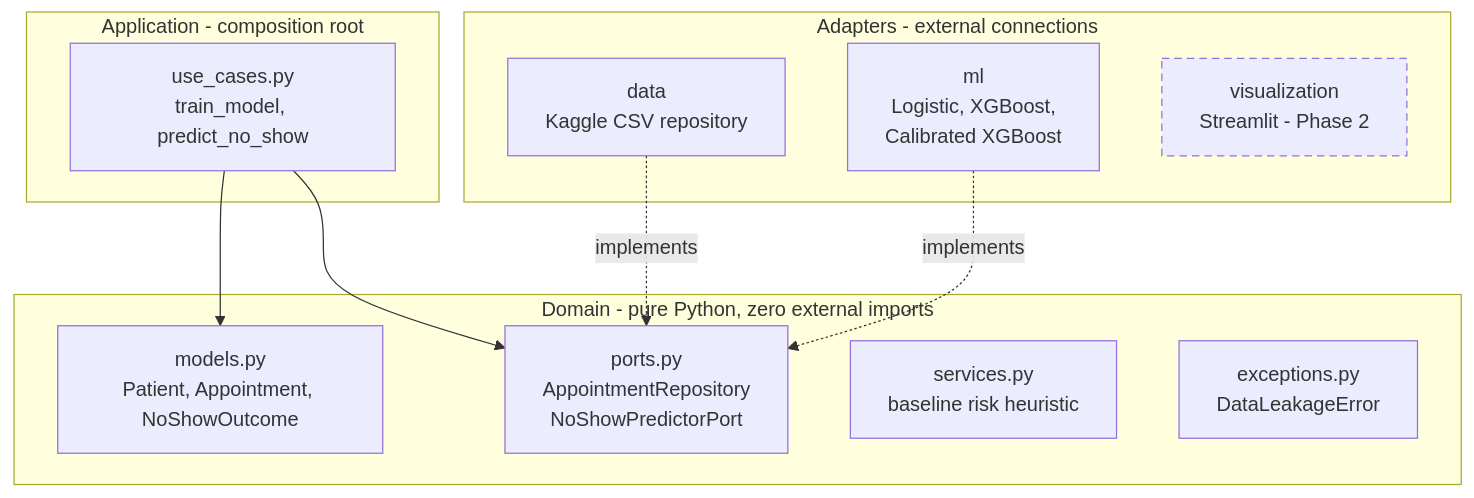
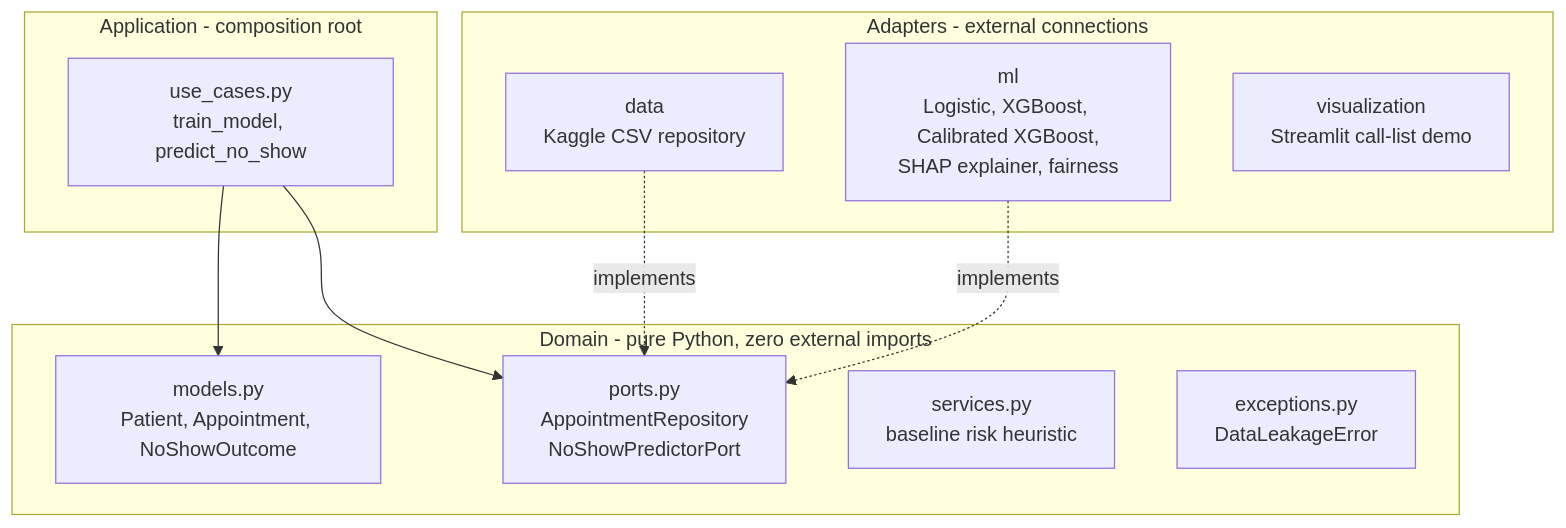
One commit to tirthjoship/healthcare-noshow-predictor changed the second of 4 diagrams in README.md. Above: the diagram before and after it, drawn with Mermaid. The commit also changed other lines of this file, not shown here.

First line of the commit message:
docs: update README for Phase 2 and remove em dashes (#6)

````diff
--- a/README.md
+++ b/README.md
@@ -72,22 +77,21 @@
 ```mermaid
 flowchart TB
     subgraph APP["Application - composition root"]
         UC["use_cases.py<br/>train_model, predict_no_show"]
     end
     subgraph DOMAIN["Domain - pure Python, zero external imports"]
         DM["models.py<br/>Patient, Appointment, NoShowOutcome"]
         DP["ports.py<br/>AppointmentRepository<br/>NoShowPredictorPort"]
         DS["services.py<br/>baseline risk heuristic"]
         DE["exceptions.py<br/>DataLeakageError"]
     end
     subgraph ADAPTERS["Adapters - external connections"]
         AD["data<br/>Kaggle CSV repository"]
-        AM["ml<br/>Logistic, XGBoost,<br/>Calibrated XGBoost"]
-        AV["visualization<br/>Streamlit - Phase 2"]
+        AM["ml<br/>Logistic, XGBoost, Calibrated XGBoost,<br/>SHAP explainer, fairness"]
+        AV["visualization<br/>Streamlit call-list demo"]
     end
     UC --> DP
     UC --> DM
     AD -. implements .-> DP
     AM -. implements .-> DP
-    style AV stroke-dasharray: 6 4
 ```
````
